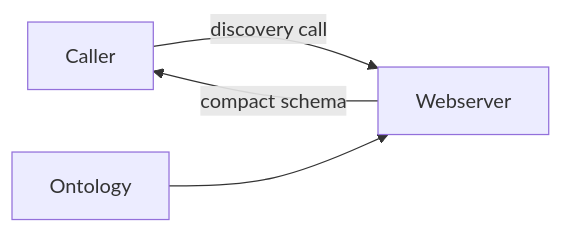
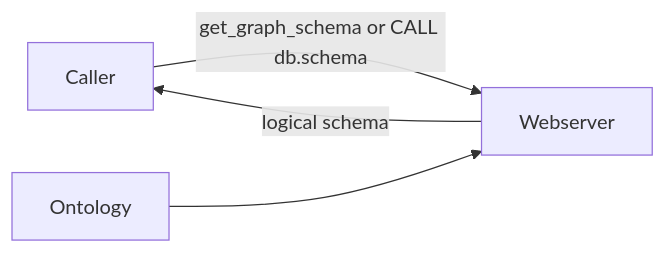
Before and after one commit to gitlabhq/orbit-knowledge-graph: the fifth of 6 diagrams in docs/pages/engineering/architecture/query-languages.md, drawn with Mermaid. The commit also changed other lines of this file and 2 other files, not shown here.

Commit message:
docs(architecture): tighten the querying pages and add the engine walkthrough

````diff
--- a/docs/pages/engineering/architecture/query-languages.md
+++ b/docs/pages/engineering/architecture/query-languages.md
@@ -102,6 +109,6 @@
 ```mermaid
 flowchart LR
-    Caller -- discovery call --> Webserver
+    Caller -- get_graph_schema or CALL db.schema --> Webserver
     Ontology --> Webserver
-    Webserver -- compact schema --> Caller
+    Webserver -- logical schema --> Caller
 ```
````
